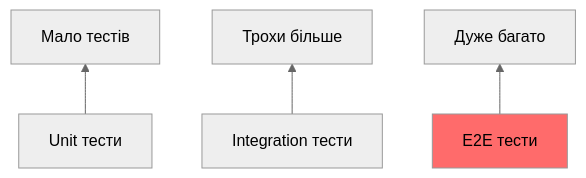
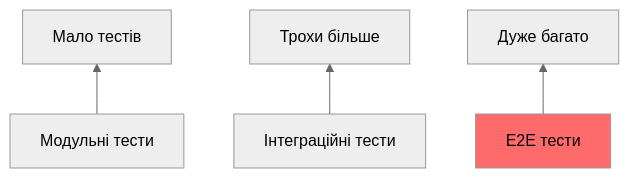
The third of 9 diagrams in presentations/presentation-12.md (olroi421/course-opi-v2), drawn with Mermaid (neutral theme) before and after one commit. The commit also changed other lines of this file and 9 other files, not shown here.

````diff
--- a/presentations/presentation-12.md
+++ b/presentations/presentation-12.md
@@ -93,8 +124,8 @@
 ```mermaid
 graph BT
-    A[Unit тести] --> B[Мало тестів]
-    C[Integration тести] --> D[Трохи більше]
+    A[Модульні тести] --> B[Мало тестів]
+    C[Інтеграційні тести] --> D[Трохи більше]
     E[E2E тести] --> F[Дуже багато]
 
     style E fill:#ff6b6b
 ```
````
